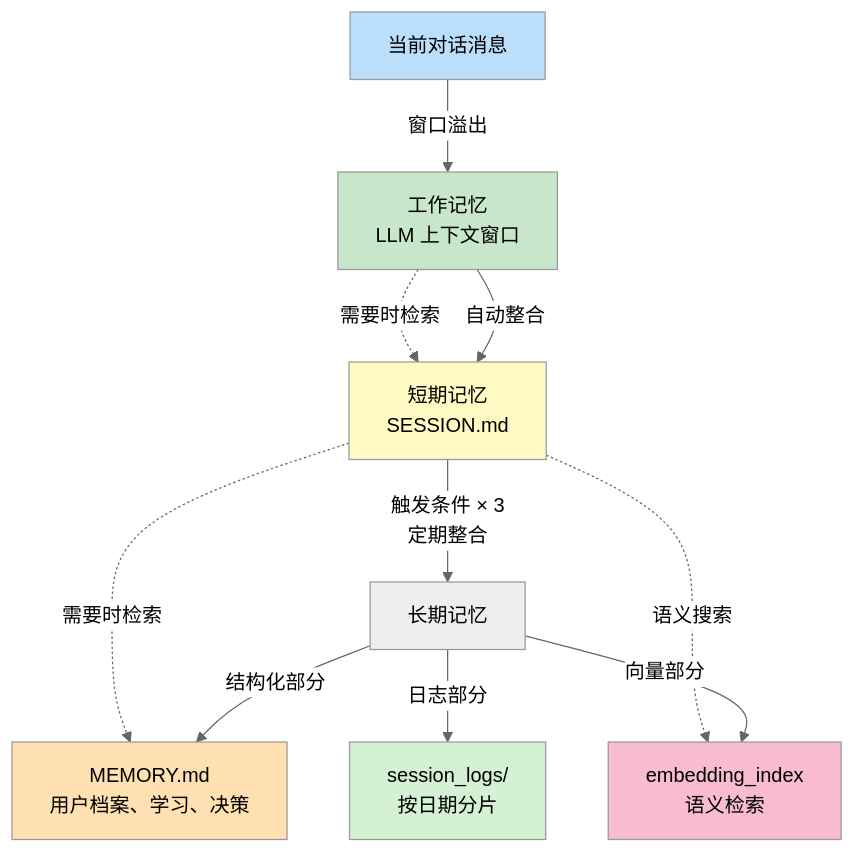
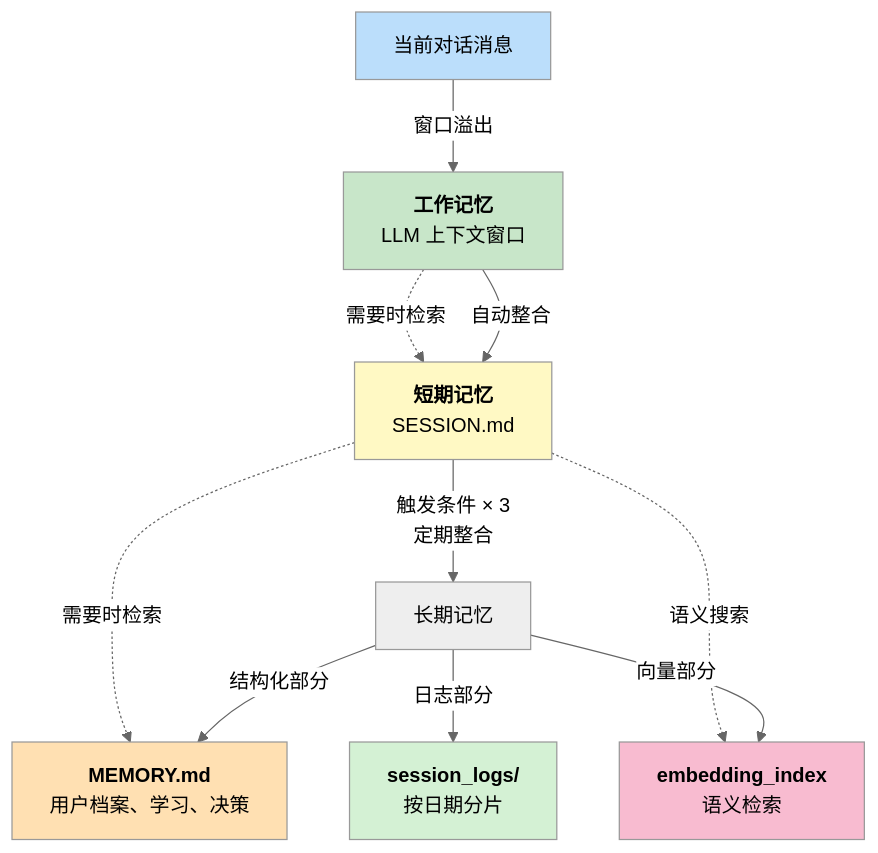
One commit to yeasy/harness_engineering_guide changed the diagram in 06_memory/6.1_memory_architecture.md. Above: the diagram before and after it, drawn with Mermaid (neutral theme). The commit also changed 15 other files, not shown here.

````diff
--- a/06_memory/6.1_memory_architecture.md
+++ b/06_memory/6.1_memory_architecture.md
@@ -15,22 +15,22 @@
 ```mermaid
 graph TD
-    A["当前对话消息"] -->|窗口溢出| B["工作记忆<br/>LLM 上下文窗口"]
+    A["当前对话消息"] -->|窗口溢出| B["<b>工作记忆</b><br/>LLM 上下文窗口"]
 
-    B -->|自动整合| D["短期记忆<br/>SESSION.md"]
+    B -->|自动整合| D["<b>短期记忆</b><br/>SESSION.md"]
     D -->|触发条件 × 3<br/>定期整合| F["长期记忆"]
 
-    F -->|结构化部分| G1["MEMORY.md<br/>用户档案、学习、决策"]
-    F -->|向量部分| G2["embedding_index<br/>语义检索"]
-    F -->|日志部分| G3["session_logs/<br/>按日期分片"]
+    F -->|结构化部分| G1["<b>MEMORY.md</b><br/>用户档案、学习、决策"]
+    F -->|向量部分| G2["<b>embedding_index</b><br/>语义检索"]
+    F -->|日志部分| G3["<b>session_logs/</b><br/>按日期分片"]
 
     B -.->|需要时检索| D
     D -.->|需要时检索| G1
     D -.->|语义搜索| G2
 
     style A fill:#bbdefb
     style B fill:#c8e6c9
     style D fill:#fff9c4
     style G1 fill:#ffe0b2
     style G2 fill:#f8bbd0
     style G3 fill:#d4f1d4
 ```
````
